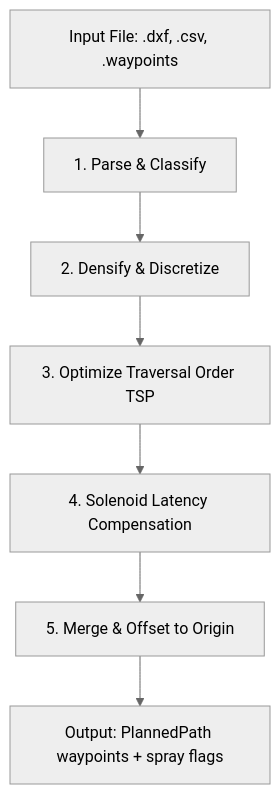
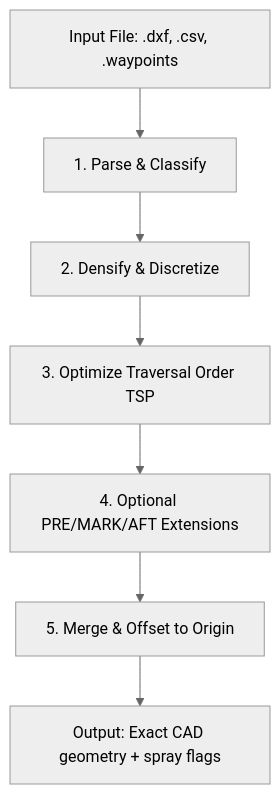
Before and after one commit to yasarbaiiiii-blip/Three_Wheel_v2: the diagram in PX4_DXP/path_engine/README.md, drawn with Mermaid (neutral theme). The commit also changed other lines of this file and 102 other files, not shown here.

````diff
--- a/PX4_DXP/path_engine/README.md
+++ b/PX4_DXP/path_engine/README.md
@@ -13,9 +13,9 @@
 ```mermaid
 graph TD
     A[Input File: .dxf, .csv, .waypoints] --> B[1. Parse & Classify]
     B --> C[2. Densify & Discretize]
     C --> D[3. Optimize Traversal Order TSP]
-    D --> E[4. Solenoid Latency Compensation]
+    D --> E[4. Optional PRE/MARK/AFT Extensions]
     E --> F[5. Merge & Offset to Origin]
-    F --> G[Output: PlannedPath waypoints + spray flags]
+    F --> G[Output: Exact CAD geometry + spray flags]
 ```
````
